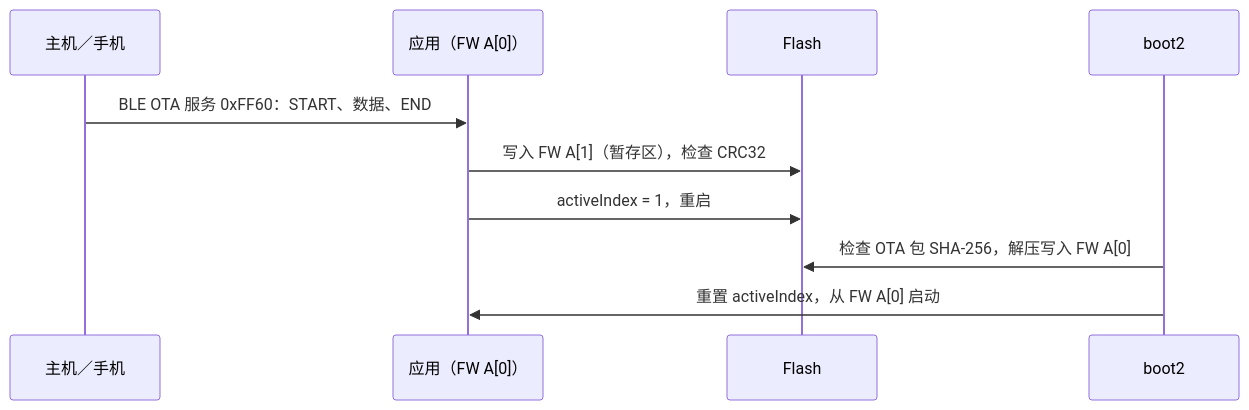
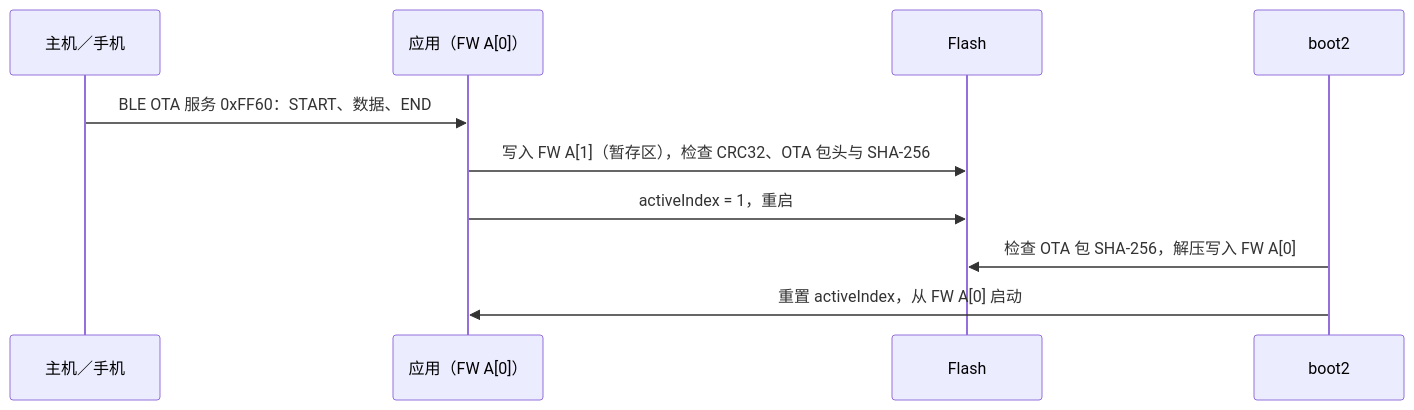
One commit to INTELPRO-INC/ipro-sdk-docs changed the diagram in docs/zh-cn/guides/ota.md. Above: the diagram before and after it, drawn with Mermaid. The commit also changed other lines of this file and 173 other files, not shown here.

````diff
--- a/docs/zh-cn/guides/ota.md
+++ b/docs/zh-cn/guides/ota.md
@@ -21,12 +22,12 @@
 ```mermaid
 sequenceDiagram
   participant H as 主机／手机
   participant A as 应用（FW A[0]）
   participant F as Flash
   participant B as boot2
   H->>A: BLE OTA 服务 0xFF60：START、数据、END
-  A->>F: 写入 FW A[1]（暂存区），检查 CRC32
+  A->>F: 写入 FW A[1]（暂存区），检查 CRC32、OTA 包头与 SHA-256
   A->>F: activeIndex = 1，重启
   B->>F: 检查 OTA 包 SHA-256，解压写入 FW A[0]
   B->>A: 重置 activeIndex，从 FW A[0] 启动
 ```
````
